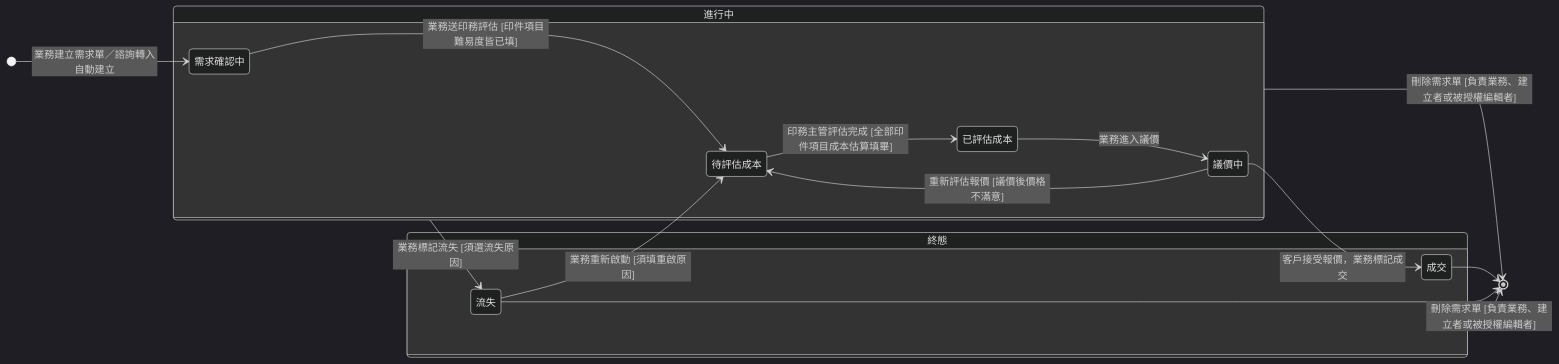
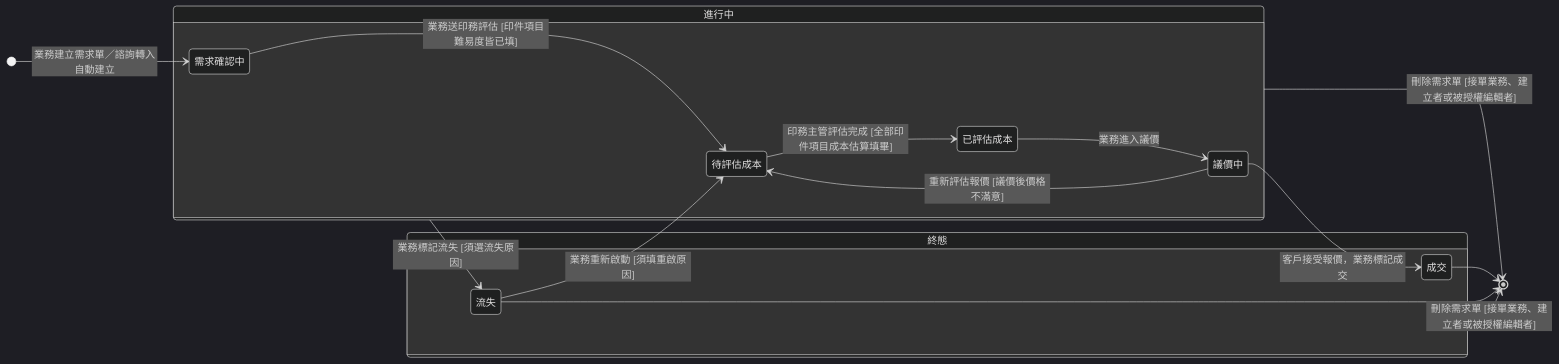
Before and after one commit to Kawato-Miles/erp-spec: the diagram in memory/Sens_wiki/wiki/erp/06-state-machines/需求單狀態.md, drawn with Mermaid (dark theme). The commit also changed other lines of this file and 55 other files, not shown here.

````diff
--- a/memory/Sens_wiki/wiki/erp/06-state-machines/需求單狀態.md
+++ b/memory/Sens_wiki/wiki/erp/06-state-machines/需求單狀態.md
@@ -41,32 +41,32 @@
 ```mermaid
 stateDiagram-v2
     direction LR
 
     [*] --> s_confirm : 業務建立需求單／諮詢轉入自動建立
 
     state "進行中" as InProgress {
         direction LR
         state "需求確認中" as s_confirm
         state "待評估成本" as s_wait
         state "已評估成本" as s_est
         state "議價中" as s_nego
         s_confirm --> s_wait : 業務送印務評估 [印件項目難易度皆已填]
         s_wait --> s_est : 印務主管評估完成 [全部印件項目成本估算填畢]
         s_est --> s_nego : 業務進入議價
         s_nego --> s_wait : 重新評估報價 [議價後價格不滿意]
     }
 
     state "終態" as Final {
         state "成交" as s_won
         state "流失" as s_lost
     }
 
     s_nego --> s_won : 客戶接受報價，業務標記成交
     InProgress --> s_lost : 業務標記流失 [須選流失原因]
     s_lost --> s_wait : 業務重新啟動 [須填重啟原因]
 
     s_won --> [*]
     s_lost --> [*]
-    InProgress --> [*] : 刪除需求單 [負責業務、建立者或被授權編輯者]
-    Final --> [*] : 刪除需求單 [負責業務、建立者或被授權編輯者]
+    InProgress --> [*] : 刪除需求單 [接單業務、建立者或被授權編輯者]
+    Final --> [*] : 刪除需求單 [接單業務、建立者或被授權編輯者]
 ```
````
